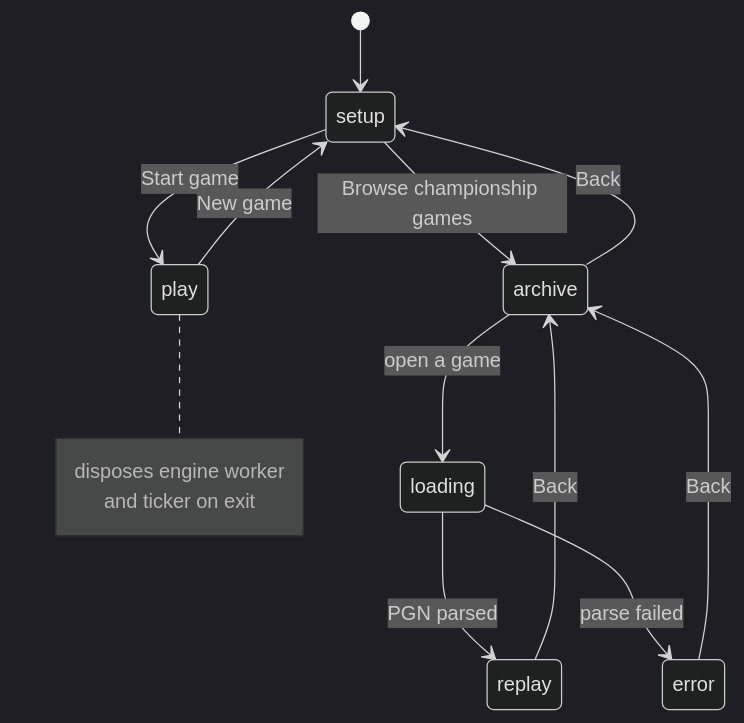
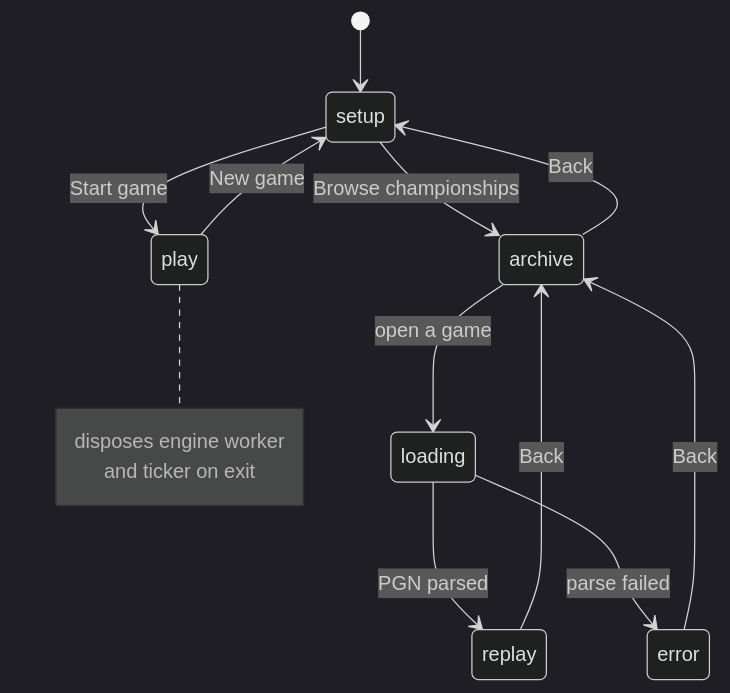
One commit to bgard68/ClaudeChessApp changed the second of 6 diagrams in docs/FLOWS.md. Above: the diagram before and after it, drawn with Mermaid (dark theme). The commit also changed 3 other files, not shown here.

````diff
--- a/docs/FLOWS.md
+++ b/docs/FLOWS.md
@@ -72,18 +72,18 @@
 ```mermaid
 stateDiagram-v2
     [*] --> setup
     setup --> play: Start game
-    setup --> archive: Browse championship games
+    setup --> archive: Browse championships
     archive --> setup: Back
     archive --> loading: open a game
     loading --> replay: PGN parsed
     loading --> error: parse failed
     error --> archive: Back
     replay --> archive: Back
     play --> setup: New game
 
     note right of play
         disposes engine worker
         and ticker on exit
     end note
 ```
````
